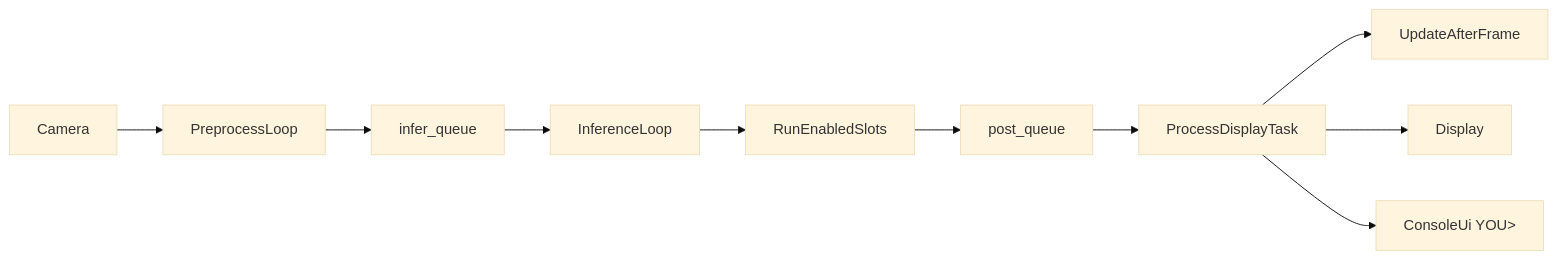
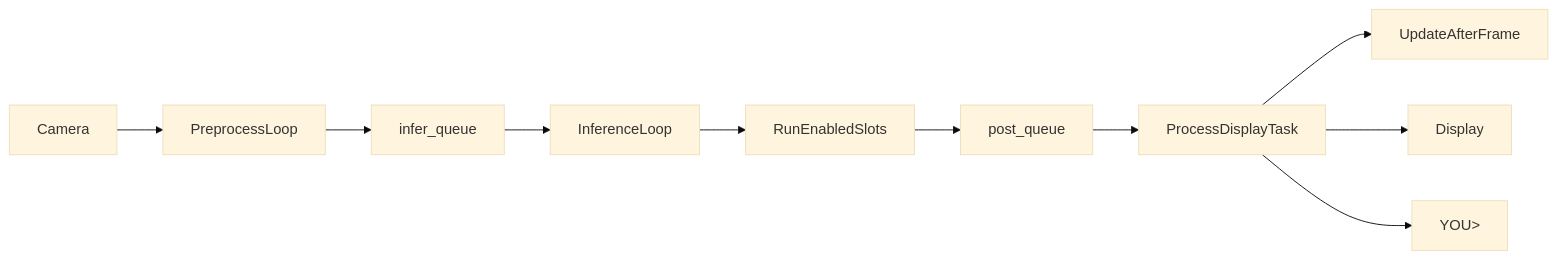
One commit to kyshipit/eai-rk3588 changed the third of 3 diagrams in docs/architecture-and-runtime.md. Above: the diagram before and after it, drawn with Mermaid (base theme). The commit also changed other lines of this file and 21 other files, not shown here.

````diff
--- a/docs/architecture-and-runtime.md
+++ b/docs/architecture-and-runtime.md
@@ -148,12 +147,12 @@
 ```mermaid
 flowchart LR
     Cam[Camera] --> Pre[PreprocessLoop]
     Pre --> IQ[infer_queue]
     IQ --> Inf[InferenceLoop]
     Inf --> Slots[RunEnabledSlots]
     Slots --> PQ[post_queue]
     PQ --> Main[ProcessDisplayTask]
     Main --> MC[UpdateAfterFrame]
     Main --> Disp[Display]
-    Main --> UI[ConsoleUi YOU>]
+    Main --> Stdin[YOU>]
 ```
````
